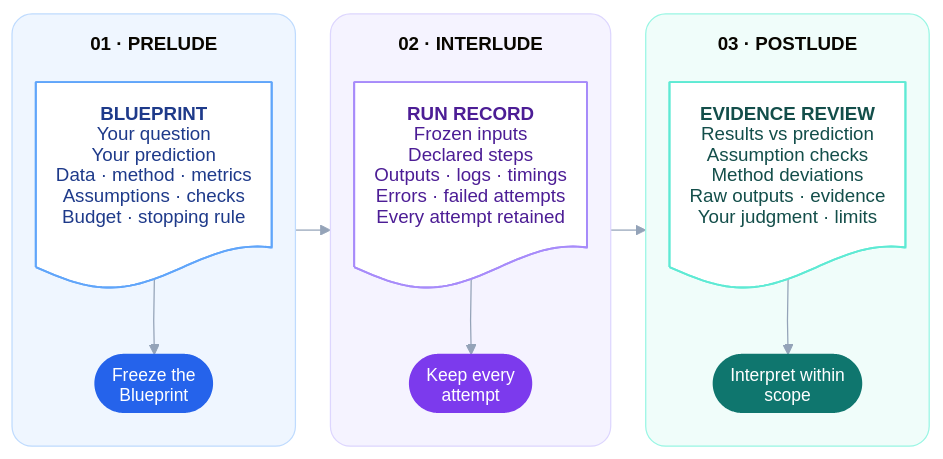
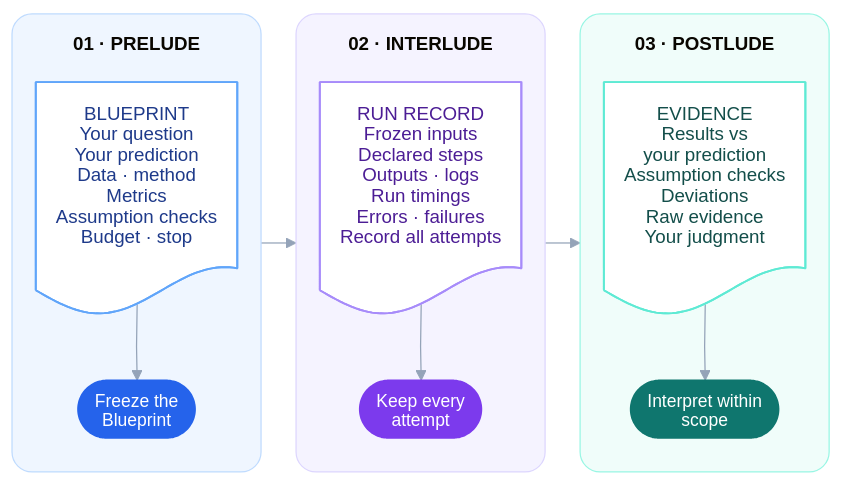
Before and after one commit to MatteoLeonesi/omnilude: the diagram in README.md, drawn with Mermaid. The commit also changed other lines of this file, not shown here.

````diff
--- a/README.md
+++ b/README.md
@@ -5,81 +8,62 @@
 ```mermaid
 ---
 config:
   theme: base
   htmlLabels: false
-  markdownAutoWrap: false
   fontFamily: Arial
   themeVariables:
     fontFamily: Arial
     fontSize: 15px
     lineColor: '#94a3b8'
   flowchart:
     curve: linear
     padding: 16
     nodeSpacing: 18
     rankSpacing: 28
     subGraphTitleMargin:
       top: 14
       bottom: 14
 ---
 flowchart LR
     subgraph prelude["`**01 · PRELUDE**`"]
         direction TB
-        blueprint["`**BLUEPRINT**
-        Your question
-        Your prediction
-        Data · method · metrics
-        Assumptions · checks
-        Budget · stopping rule`"]
+        blueprint["BLUEPRINT<br/>Your question<br/>Your prediction<br/>Data · method<br/>Metrics<br/>Assumption checks<br/>Budget · stop"]
         blueprint@{ shape: doc }
-        freeze(["`Freeze the
-        Blueprint`"])
+        freeze(["Freeze the<br/>Blueprint"])
         blueprint --> freeze
     end
 
     subgraph interlude["`**02 · INTERLUDE**`"]
         direction TB
-        record["`**RUN RECORD**
-        Frozen inputs
-        Declared steps
-        Outputs · logs · timings
-        Errors · failed attempts
-        Every attempt retained`"]
+        record["RUN RECORD<br/>Frozen inputs<br/>Declared steps<br/>Outputs · logs<br/>Run timings<br/>Errors · failures<br/>Record all attempts"]
         record@{ shape: doc }
-        retain(["`Keep every
-        attempt`"])
+        retain(["Keep every<br/>attempt"])
         record --> retain
     end
 
     subgraph postlude["`**03 · POSTLUDE**`"]
         direction TB
-        evidence["`**EVIDENCE REVIEW**
-        Results vs prediction
-        Assumption checks
-        Method deviations
-        Raw outputs · evidence
-        Your judgment · limits`"]
+        evidence["EVIDENCE<br/>Results vs<br/>your prediction<br/>Assumption checks<br/>Deviations<br/>Raw evidence<br/>Your judgment"]
         evidence@{ shape: doc }
-        interpret(["`Interpret within
-        scope`"])
+        interpret(["Interpret within<br/>scope"])
         evidence --> interpret
     end
 
     prelude --> interlude --> postlude
 
     classDef bluePaper fill:#ffffff,stroke:#60a5fa,stroke-width:1.5px,color:#1e3a8a,font-family:Arial,font-size:15px
     classDef violetPaper fill:#ffffff,stroke:#a78bfa,stroke-width:1.5px,color:#4c1d95,font-family:Arial,font-size:15px
     classDef tealPaper fill:#ffffff,stroke:#5eead4,stroke-width:1.5px,color:#134e4a,font-family:Arial,font-size:15px
     classDef blue fill:#2563eb,stroke:none,color:#ffffff,font-family:Arial,font-size:14px
     classDef violet fill:#7c3aed,stroke:none,color:#ffffff,font-family:Arial,font-size:14px
     classDef teal fill:#0f766e,stroke:none,color:#ffffff,font-family:Arial,font-size:14px
     class blueprint bluePaper
     class record violetPaper
     class evidence tealPaper
     class freeze blue
     class retain violet
     class interpret teal
     style prelude fill:#eff6ff,stroke:#bfdbfe,color:#1e40af,rx:16,ry:16
     style interlude fill:#f5f3ff,stroke:#ddd6fe,color:#5b21b6,rx:16,ry:16
     style postlude fill:#f0fdfa,stroke:#99f6e4,color:#115e59,rx:16,ry:16
 ```
````
